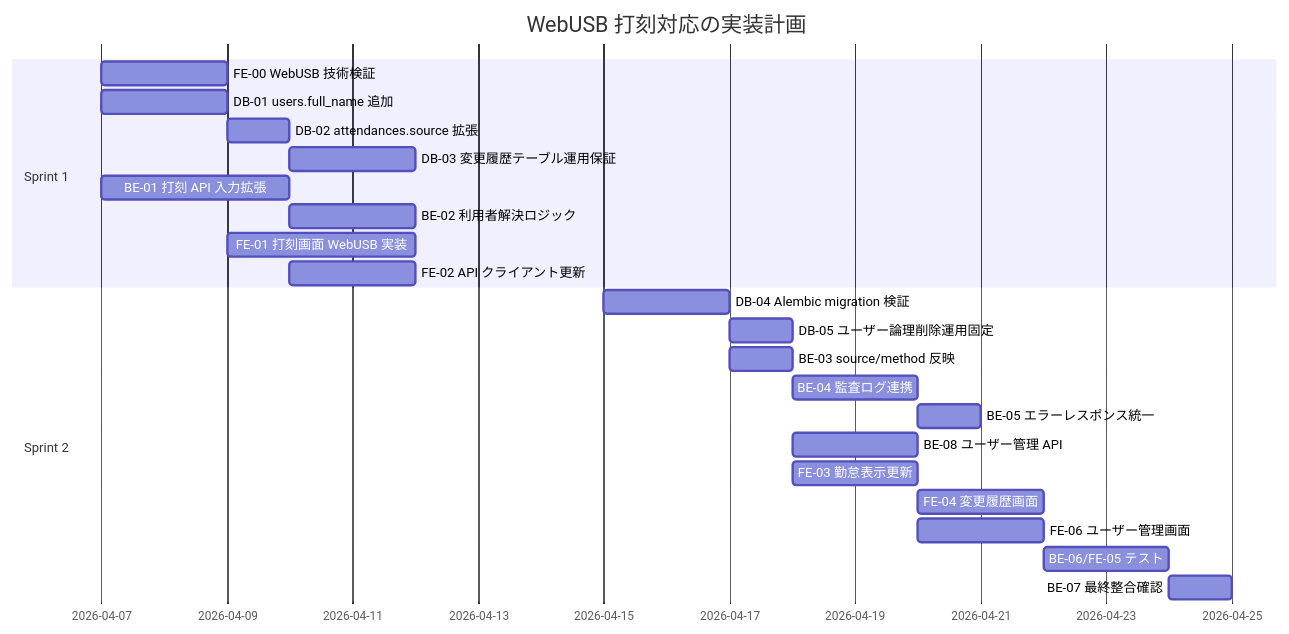
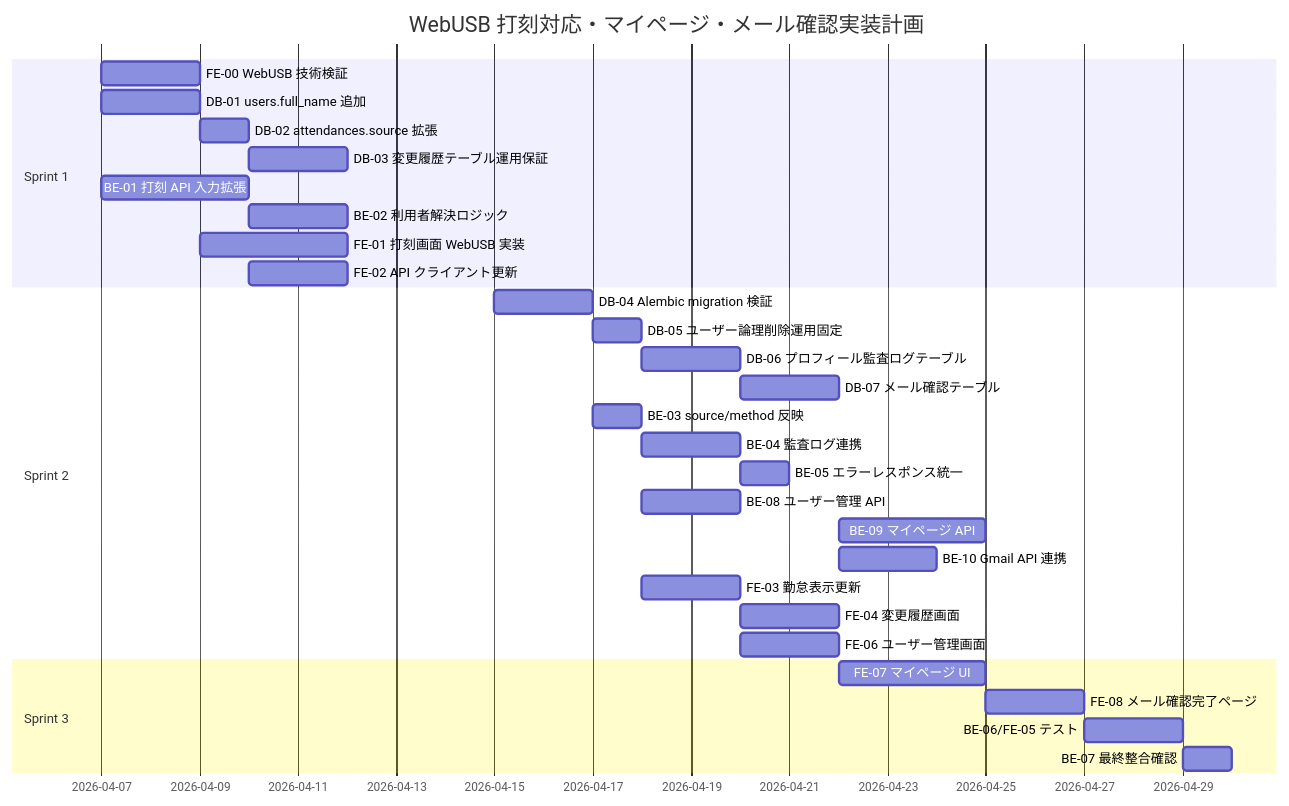
The diagram in docs/implementation-plan.md (tukumanalab/kint), drawn with Mermaid before and after one commit. The commit also changed other lines of this file and 5 other files, not shown here.

````diff
--- a/docs/implementation-plan.md
+++ b/docs/implementation-plan.md
@@ -235,28 +358,36 @@
 ```mermaid
 gantt
-  title WebUSB 打刻対応の実装計画
+  title WebUSB 打刻対応・マイページ・メール確認実装計画
   dateFormat  YYYY-MM-DD
 
   section Sprint 1
   FE-00 WebUSB 技術検証               :f0, 2026-04-07, 2d
   DB-01 users.full_name 追加           :a1, 2026-04-07, 2d
   DB-02 attendances.source 拡張        :a2, after a1, 1d
   DB-03 変更履歴テーブル運用保証       :a3, after a2, 2d
   BE-01 打刻 API 入力拡張              :b1, 2026-04-07, 3d
   BE-02 利用者解決ロジック             :b2, after b1, 2d
   FE-01 打刻画面 WebUSB 実装           :f1, after f0, 3d
   FE-02 API クライアント更新           :f2, after b1, 2d
 
   section Sprint 2
   DB-04 Alembic migration 検証         :a4, 2026-04-15, 2d
   DB-05 ユーザー論理削除運用固定        :a5, after a4, 1d
+  DB-06 プロフィール監査ログテーブル   :a6, after a5, 2d
+  DB-07 メール確認テーブル             :a7, after a6, 2d
   BE-03 source/method 反映             :b3, after a4, 1d
   BE-04 監査ログ連携                   :b4, after b3, 2d
   BE-05 エラーレスポンス統一           :b5, after b4, 1d
   BE-08 ユーザー管理 API               :b8, after a5, 2d
+  BE-09 マイページ API                 :b9, after a7, 3d
+  BE-10 Gmail API 連携                 :b10, after a7, 2d
   FE-03 勤怠表示更新                   :f3, after b3, 2d
   FE-04 変更履歴画面                   :f4, after b4, 2d
   FE-06 ユーザー管理画面               :f6, after b8, 2d
-  BE-06/FE-05 テスト                   :t1, after f6, 2d
+
+  section Sprint 3
+  FE-07 マイページ UI                  :f7, 2026-04-22, 3d
+  FE-08 メール確認完了ページ           :f8, after b9, 2d
+  BE-06/FE-05 テスト                   :t1, after f8, 2d
   BE-07 最終整合確認                   :r1, after t1, 1d
 ```
````
